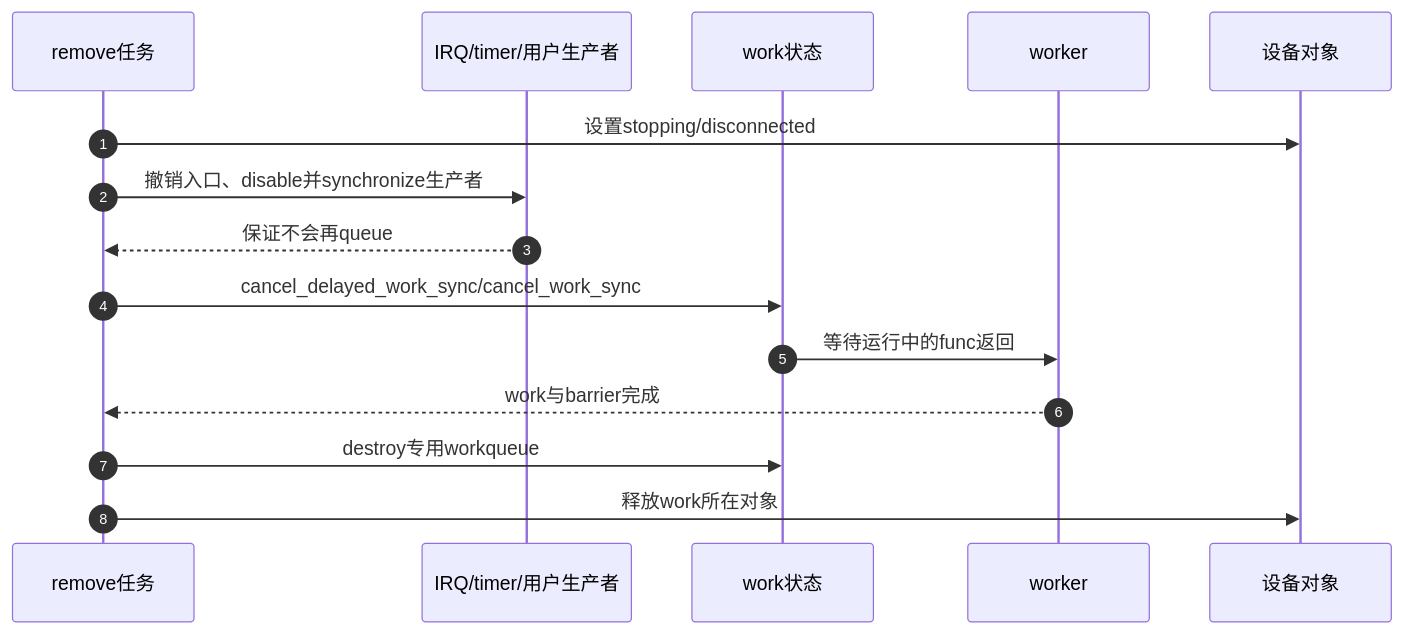
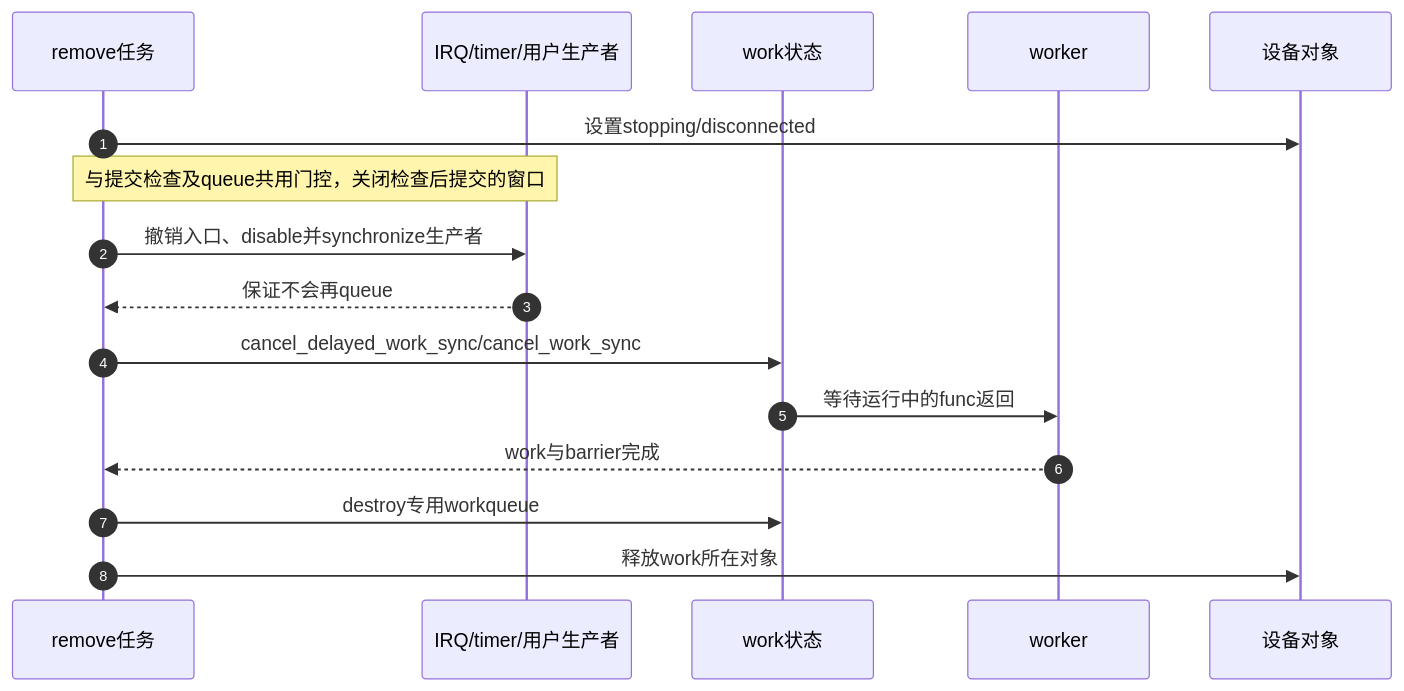
The diagram in knowledge/linux/synchronization_and_asynchrony/asynchrony/workqueue/P08_CPU热插拔电源管理与生命周期.md (FormingSystem/linux_note), drawn with Mermaid before and after one commit. The commit also changed other lines of this file and 10 other files, not shown here.

````diff
--- a/knowledge/linux/synchronization_and_asynchrony/asynchrony/workqueue/P08_CPU热插拔电源管理与生命周期.md
+++ b/knowledge/linux/synchronization_and_asynchrony/asynchrony/workqueue/P08_CPU热插拔电源管理与生命周期.md
@@ -35,18 +35,19 @@
 ```mermaid
 sequenceDiagram
     autonumber
     participant R as remove任务
     participant P as IRQ/timer/用户生产者
     participant W as work状态
     participant K as worker
     participant O as 设备对象
 
     R->>O: 设置stopping/disconnected
+    Note over R,P: 与提交检查及queue共用门控，关闭检查后提交的窗口
     R->>P: 撤销入口、disable并synchronize生产者
     P-->>R: 保证不会再queue
     R->>W: cancel_delayed_work_sync/cancel_work_sync
     W->>K: 等待运行中的func返回
     K-->>R: work与barrier完成
     R->>W: destroy专用workqueue
     R->>O: 释放work所在对象
 ```
````
